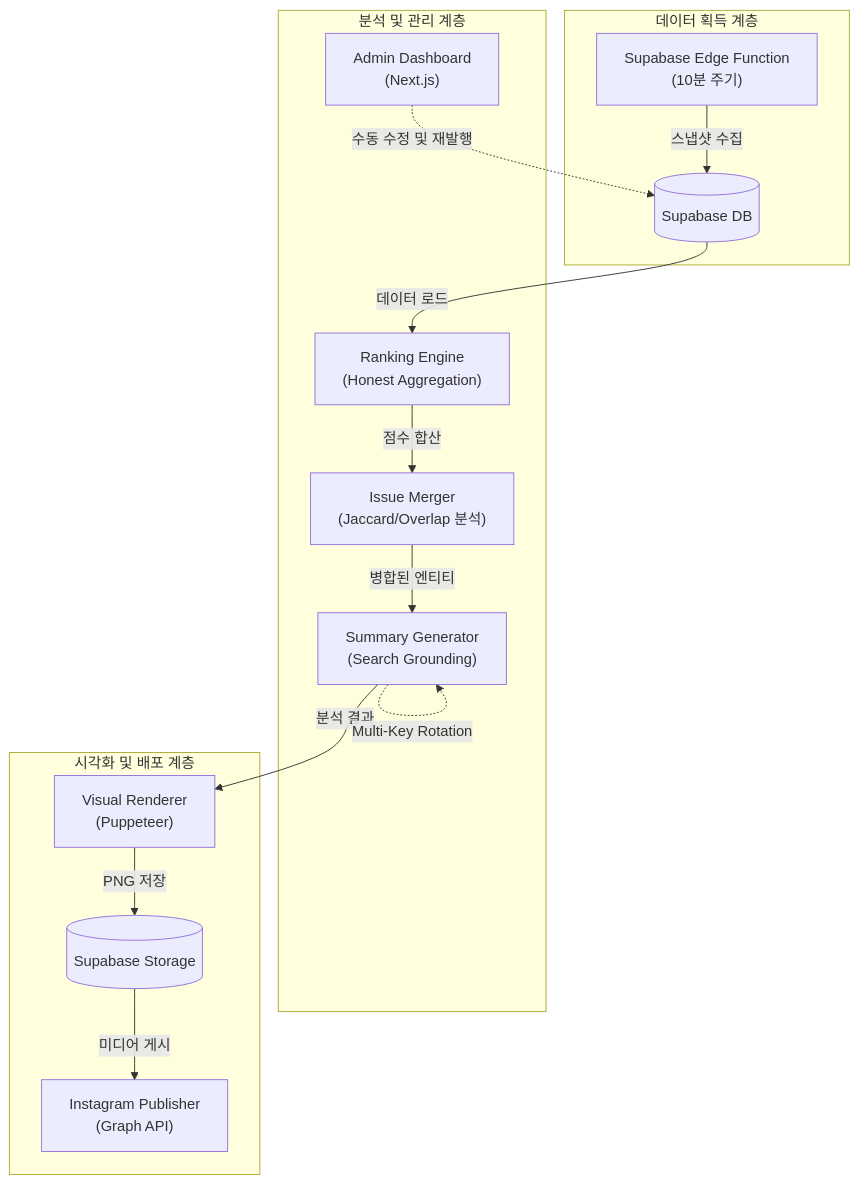
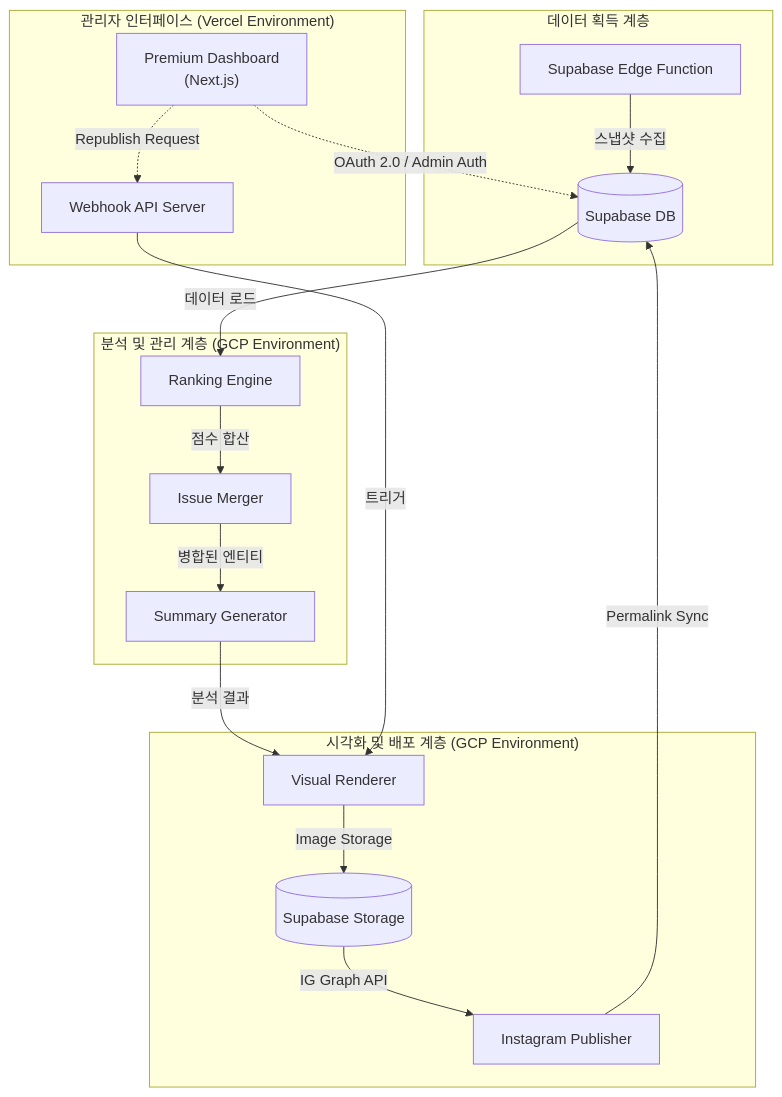
The diagram in README.md (Jay-Bang/ITssue), drawn with Mermaid before and after one commit. The commit also changed other lines of this file and 6 other files, not shown here.

First line of the commit message:
feat: premium admin dashboard overhaul & security hardening

````diff
--- a/README.md
+++ b/README.md
@@ -42,19 +43,22 @@
 ```mermaid
 graph TD;
     subgraph "데이터 획득 계층"
-        A["Supabase Edge Function<br>(10분 주기)"] -- 스냅샷 수집 --> B[("Supabase DB")];
+        A["Supabase Edge Function"] -- 스냅샷 수집 --> B[("Supabase DB")];
     end
-    subgraph "분석 및 관리 계층"
-        B -- 데이터 로드 --> C["Ranking Engine<br>(Honest Aggregation)"];
-        C -- 점수 합산 --> D["Issue Merger<br>(Jaccard/Overlap 분석)"];
-        D -- 병합된 엔티티 --> E["Summary Generator<br>(Search Grounding)"];
-        I["Admin Dashboard<br>(Next.js)"] -.->|수동 수정 및 재발행| B;
+    subgraph "분석 및 관리 계층 (GCP Environment)"
+        B -- 데이터 로드 --> C["Ranking Engine"];
+        C -- 점수 합산 --> D["Issue Merger"];
+        D -- 병합된 엔티티 --> E["Summary Generator"];
     end
-    subgraph "시각화 및 배포 계층"
-        E -- 분석 결과 --> F["Visual Renderer<br>(Puppeteer)"];
-        F -- PNG 저장 --> G[("Supabase Storage")];
-        G -- 미디어 게시 --> H["Instagram Publisher<br>(Graph API)"];
+    subgraph "관리자 인터페이스 (Vercel Environment)"
+        I["Premium Dashboard<br>(Next.js)"] -.->|OAuth 2.0 / Admin Auth| B;
+        I -.->|Republish Request| J["Webhook API Server"];
     end
-
-    E -.->|Multi-Key Rotation| E;
+    subgraph "시각화 및 배포 계층 (GCP Environment)"
+        E -- 분석 결과 --> F["Visual Renderer"];
+        J -- 트리거 --> F;
+        F -- Image Storage --> G[("Supabase Storage")];
+        G -- IG Graph API --> H["Instagram Publisher"];
+        H -- Permalink Sync --> B;
+    end
 ```
````
